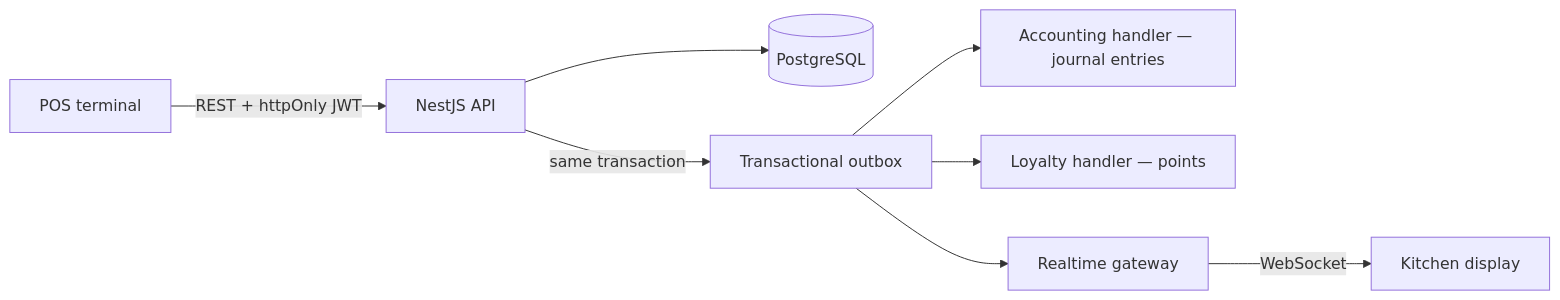
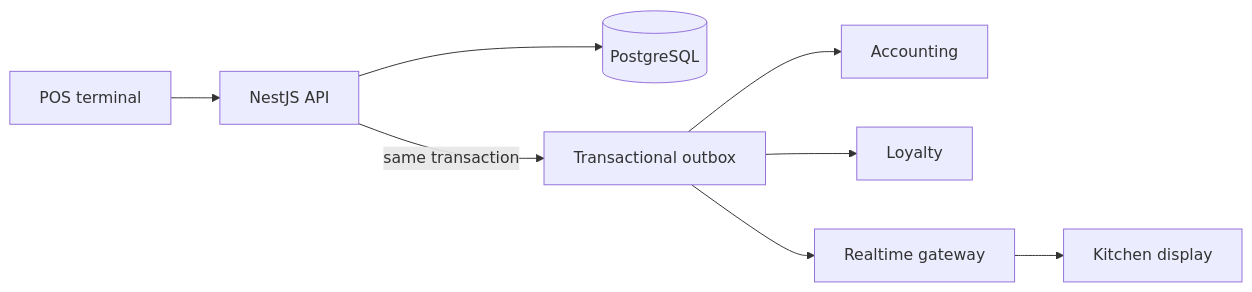
One commit to nkieu-config/branchbrew-cafe-erp changed the diagram in README.md. Above: the diagram before and after it, drawn with Mermaid. The commit also changed other lines of this file and 8 other files, not shown here.

````diff
--- a/README.md
+++ b/README.md
@@ -55,10 +41,10 @@
 ```mermaid
 flowchart LR
-  POS["POS terminal"] -->|"REST + httpOnly JWT"| API["NestJS API"]
+  POS["POS terminal"] --> API["NestJS API"]
   API --> PG[("PostgreSQL")]
   API -->|"same transaction"| OB["Transactional outbox"]
-  OB --> ACC["Accounting handler — journal entries"]
-  OB --> LOY["Loyalty handler — points"]
+  OB --> ACC["Accounting"]
+  OB --> LOY["Loyalty"]
   OB --> RT["Realtime gateway"]
-  RT -->|WebSocket| KDS["Kitchen display"]
+  RT --> KDS["Kitchen display"]
 ```
````
